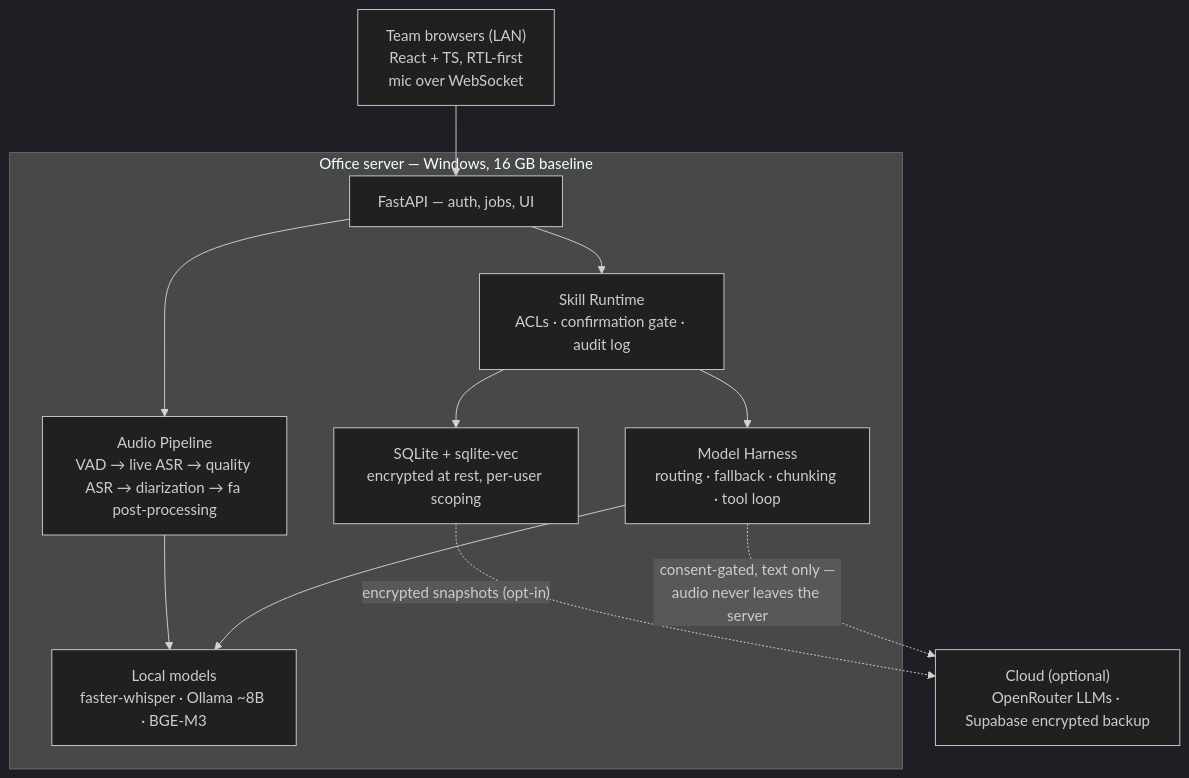
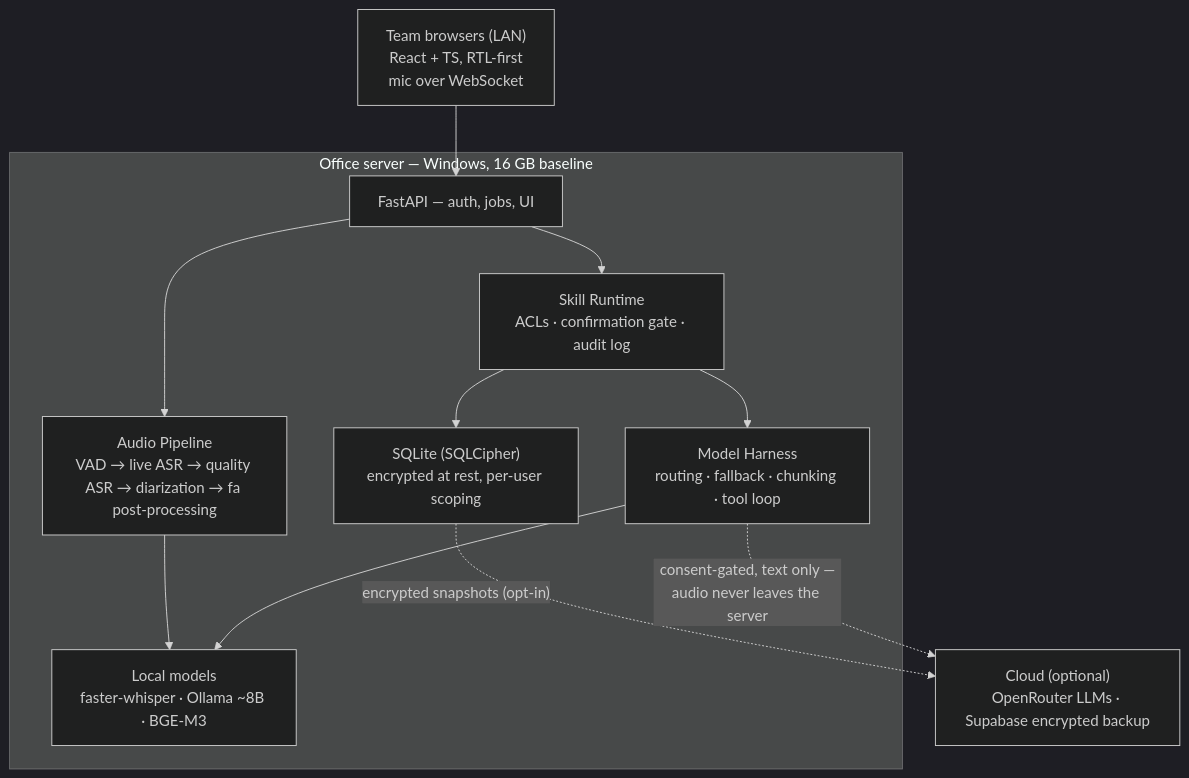
Before and after one commit to Dr-Bagheri/neurai-mvp: the diagram in README.md, drawn with Mermaid (dark theme). The commit also changed other lines of this file and 8 other files, not shown here.

````diff
--- a/README.md
+++ b/README.md
@@ -52,21 +52,21 @@
 ```mermaid
 flowchart TB
     Browsers["Team browsers (LAN)<br/>React + TS, RTL-first<br/>mic over WebSocket"]
 
     subgraph Server["Office server — Windows, 16 GB baseline"]
         API["FastAPI — auth, jobs, UI"]
         SK["Skill Runtime<br/>ACLs · confirmation gate · audit log"]
         H["Model Harness<br/>routing · fallback · chunking · tool loop"]
         AP["Audio Pipeline<br/>VAD → live ASR → quality ASR → diarization → fa post-processing"]
-        DL["SQLite + sqlite-vec<br/>encrypted at rest, per-user scoping"]
+        DL["SQLite (SQLCipher)<br/>encrypted at rest, per-user scoping"]
         LM["Local models<br/>faster-whisper · Ollama ~8B · BGE-M3"]
     end
 
     Cloud["Cloud (optional)<br/>OpenRouter LLMs · Supabase encrypted backup"]
 
     Browsers --> API --> SK --> H --> LM
     API --> AP --> LM
     SK --> DL
     H -. "consent-gated, text only —<br/>audio never leaves the server" .-> Cloud
     DL -. "encrypted snapshots (opt-in)" .-> Cloud
 ```
````
